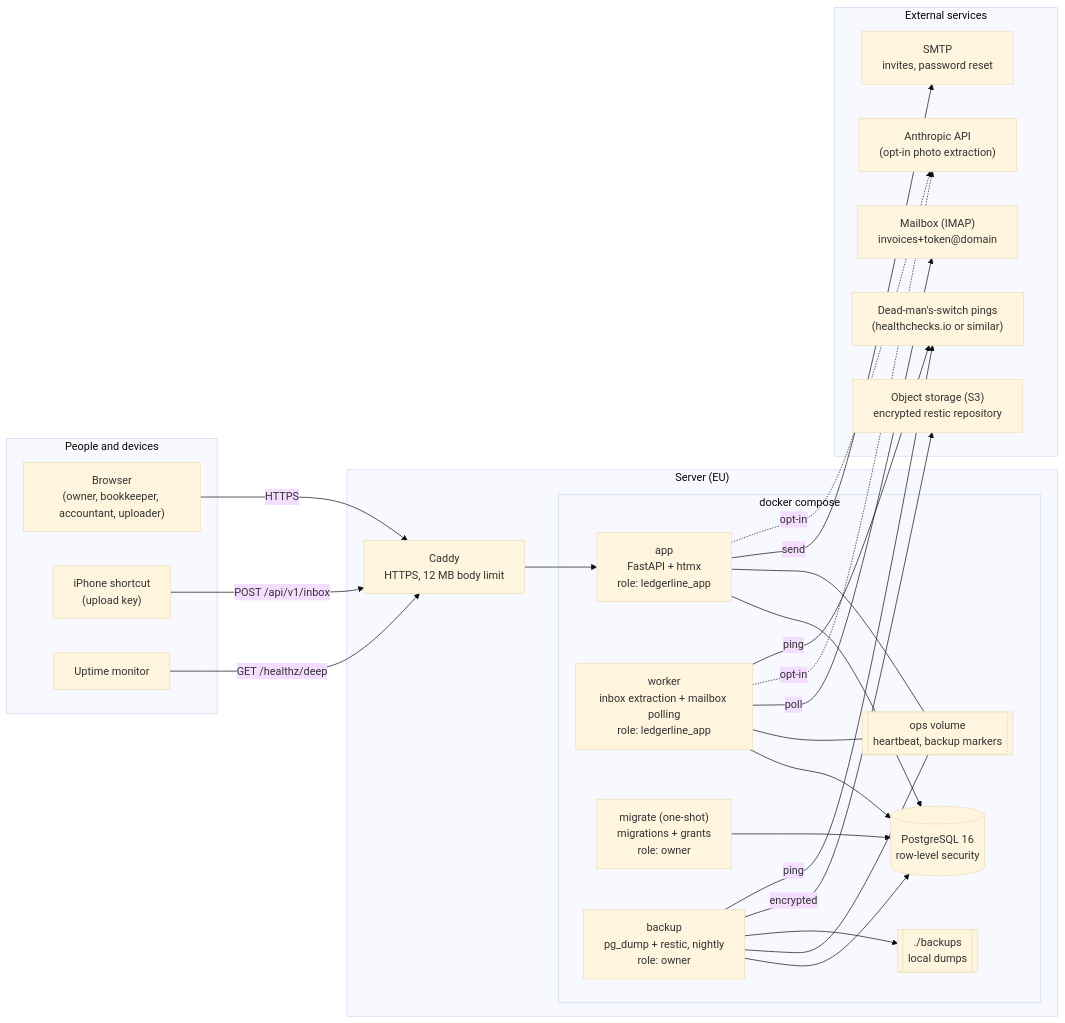
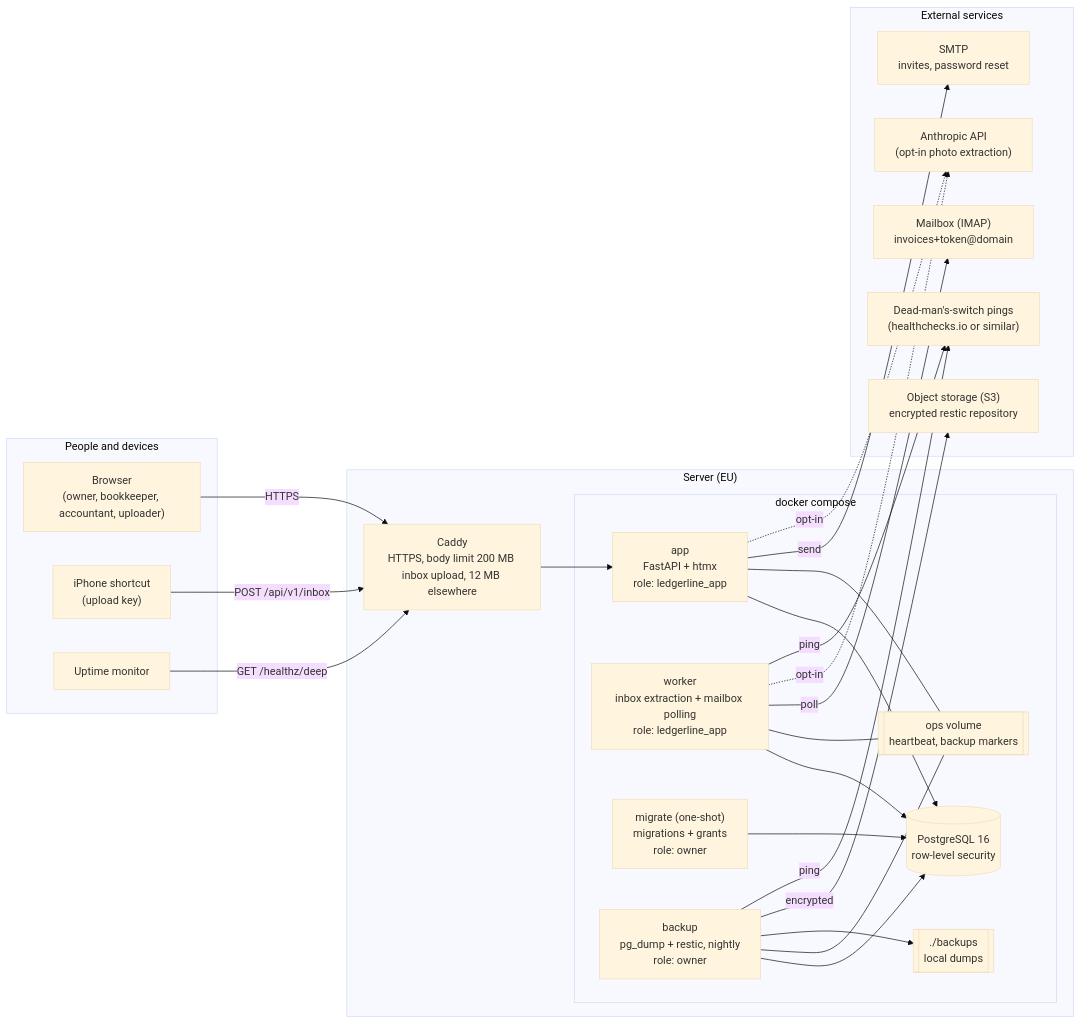
Before and after one commit to RAJUSHANIGARAPU/ledgerline: the first of 4 diagrams in docs/ARCHITECTURE.md, drawn with Mermaid (base theme). The commit also changed 4 other files, not shown here.

````diff
--- a/docs/ARCHITECTURE.md
+++ b/docs/ARCHITECTURE.md
@@ -11,52 +11,52 @@
 ```mermaid
 flowchart LR
     subgraph users["People and devices"]
         browser["Browser<br/>(owner, bookkeeper, accountant, uploader)"]
         phone["iPhone shortcut<br/>(upload key)"]
         uptime["Uptime monitor"]
     end
 
     subgraph server["Server (EU)"]
-        caddy["Caddy<br/>HTTPS, 12 MB body limit"]
+        caddy["Caddy<br/>HTTPS, body limit 200 MB inbox upload, 12 MB elsewhere"]
         subgraph compose["docker compose"]
             app["app<br/>FastAPI + htmx<br/>role: ledgerline_app"]
             worker["worker<br/>inbox extraction + mailbox polling<br/>role: ledgerline_app"]
             migrate["migrate (one-shot)<br/>migrations + grants<br/>role: owner"]
             backup["backup<br/>pg_dump + restic, nightly<br/>role: owner"]
             db[("PostgreSQL 16<br/>row-level security")]
             ops[["ops volume<br/>heartbeat, backup markers"]]
             local[["./backups<br/>local dumps"]]
         end
     end
 
     subgraph external["External services"]
         imap["Mailbox (IMAP)<br/>invoices+token@domain"]
         smtp["SMTP<br/>invites, password reset"]
         s3["Object storage (S3)<br/>encrypted restic repository"]
         hc["Dead-man's-switch pings<br/>(healthchecks.io or similar)"]
         llm["Anthropic API<br/>(opt-in photo extraction)"]
     end
 
     browser -->|HTTPS| caddy
     phone -->|"POST /api/v1/inbox"| caddy
     uptime -->|"GET /healthz/deep"| caddy
     caddy --> app
 
     app --> db
     worker --> db
     migrate --> db
     backup --> db
 
     app --- ops
     worker --- ops
     backup --- ops
     backup --> local
 
     worker -->|poll| imap
     app -->|send| smtp
     app -.->|opt-in| llm
     worker -.->|opt-in| llm
     backup -->|encrypted| s3
     worker -->|ping| hc
     backup -->|ping| hc
 ```
````
